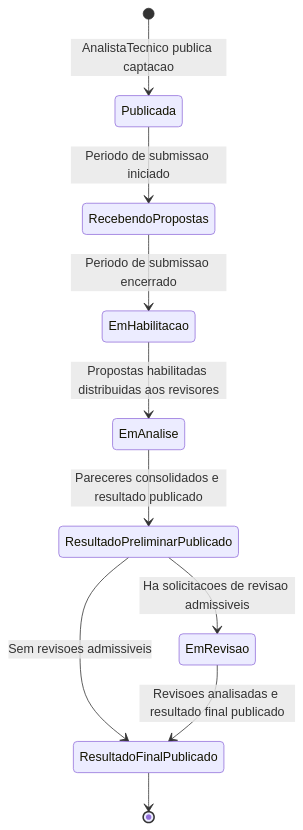
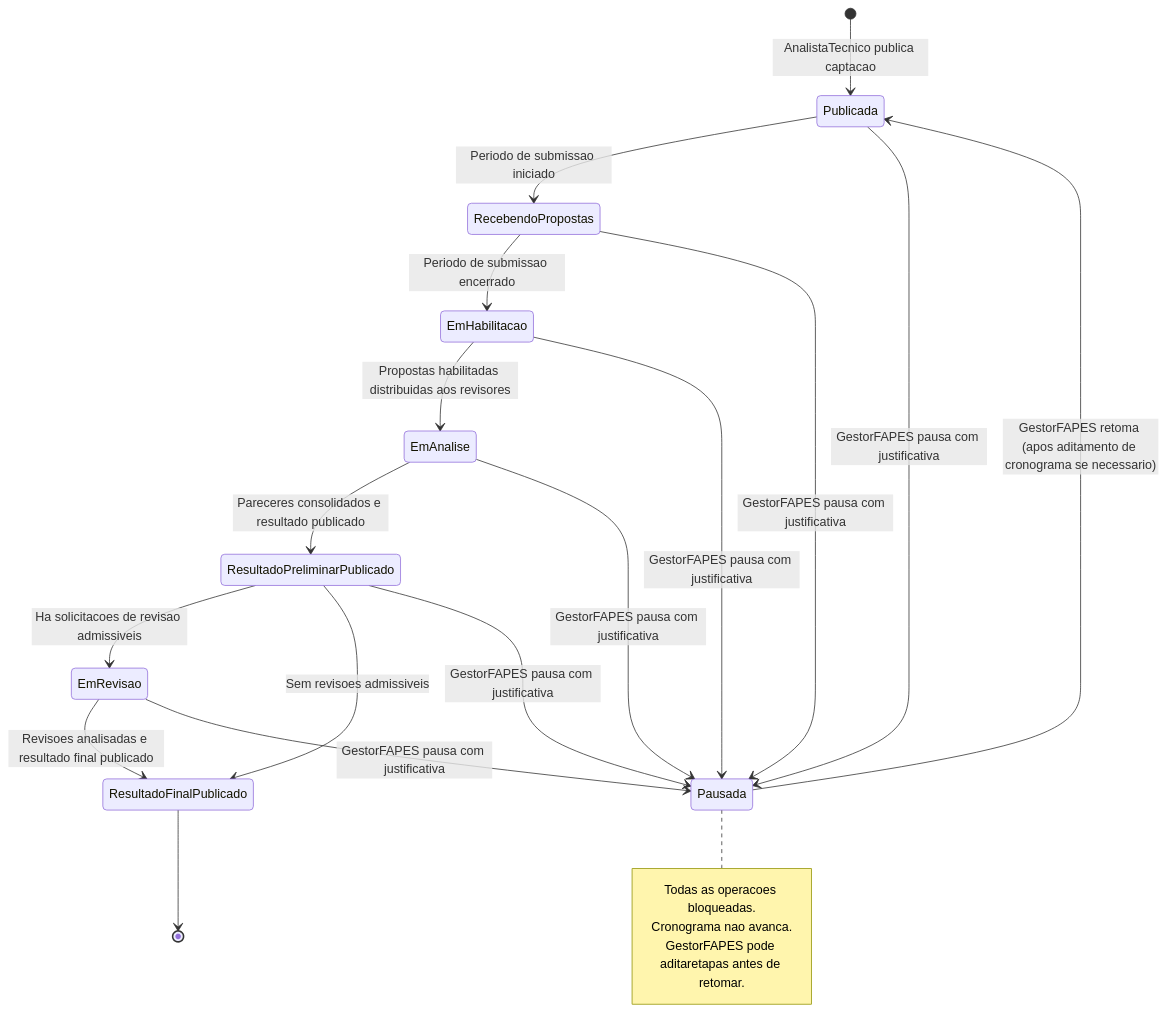
The fifth of 5 diagrams in docs/implementation/modules/M011-configuracao-captacao/process-selecao-projetos.md (Czzped/conecta-fapes-teste), drawn with Mermaid before and after one commit. The commit also changed other lines of this file and 1 other file, not shown here.

First line of the commit message:
docs(M011): adiciona pausa e retomada do processo de selecao

````diff
--- a/docs/implementation/modules/M011-configuracao-captacao/process-selecao-projetos.md
+++ b/docs/implementation/modules/M011-configuracao-captacao/process-selecao-projetos.md
@@ -175,12 +206,26 @@
 ```mermaid
 stateDiagram-v2
     [*] --> Publicada : AnalistaTecnico publica captacao
     Publicada --> RecebendoPropostas : Periodo de submissao iniciado
     RecebendoPropostas --> EmHabilitacao : Periodo de submissao encerrado
     EmHabilitacao --> EmAnalise : Propostas habilitadas distribuidas aos revisores
     EmAnalise --> ResultadoPreliminarPublicado : Pareceres consolidados e resultado publicado
     ResultadoPreliminarPublicado --> EmRevisao : Ha solicitacoes de revisao admissiveis
     ResultadoPreliminarPublicado --> ResultadoFinalPublicado : Sem revisoes admissiveis
     EmRevisao --> ResultadoFinalPublicado : Revisoes analisadas e resultado final publicado
     ResultadoFinalPublicado --> [*]
+
+    Publicada --> Pausada : GestorFAPES pausa com justificativa
+    RecebendoPropostas --> Pausada : GestorFAPES pausa com justificativa
+    EmHabilitacao --> Pausada : GestorFAPES pausa com justificativa
+    EmAnalise --> Pausada : GestorFAPES pausa com justificativa
+    ResultadoPreliminarPublicado --> Pausada : GestorFAPES pausa com justificativa
+    EmRevisao --> Pausada : GestorFAPES pausa com justificativa
+    Pausada --> Publicada : GestorFAPES retoma (apos aditamento de cronograma se necessario)
+
+    note right of Pausada
+        Todas as operacoes bloqueadas.
+        Cronograma nao avanca.
+        GestorFAPES pode aditaretapas antes de retomar.
+    end note
 ```
````
